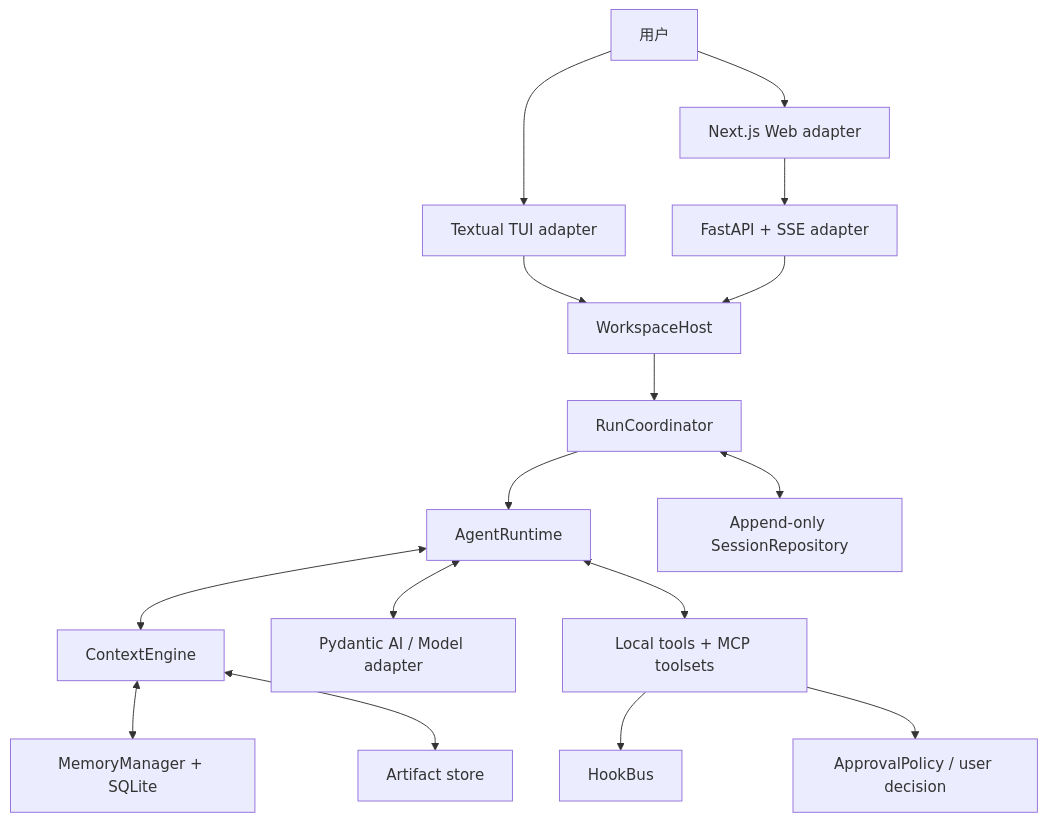
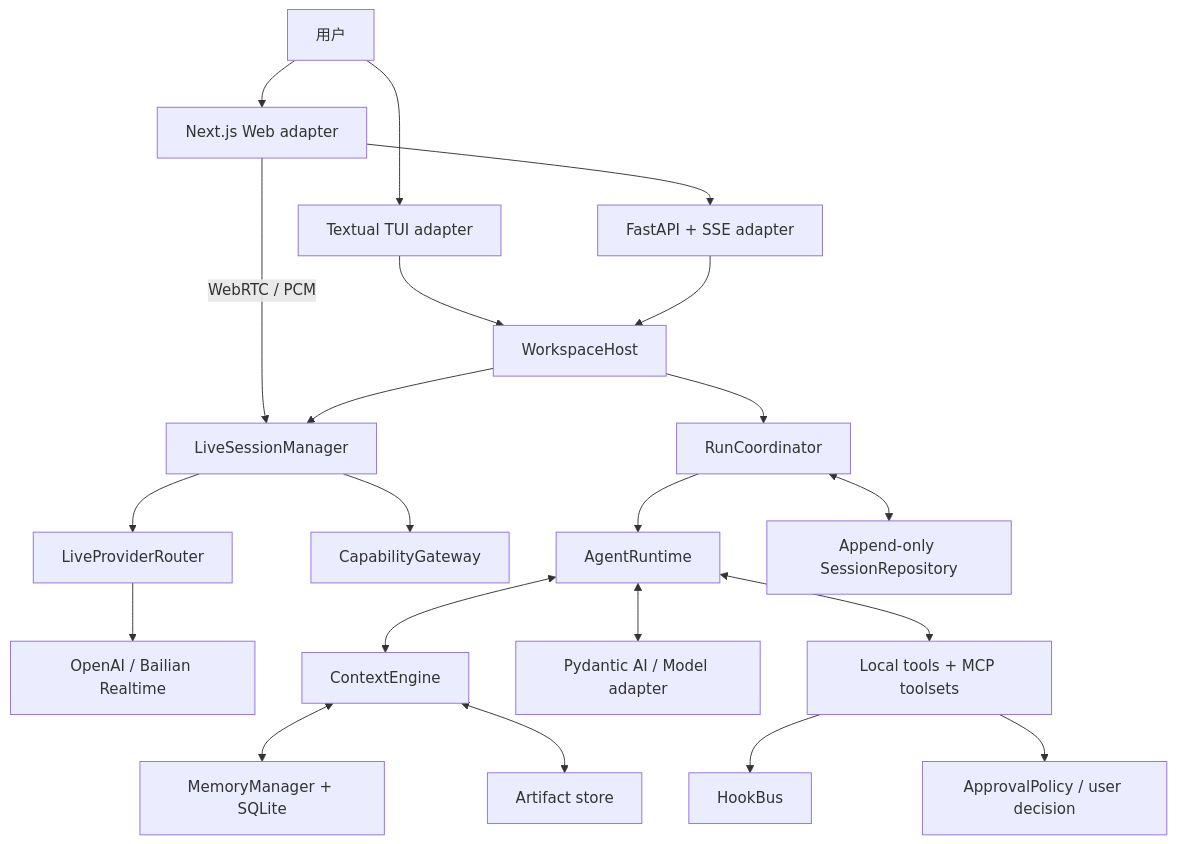
One commit to JasonYZzz/lumen changed the diagram in docs/architecture-guide/01-system-overview.md. Above: the diagram before and after it, drawn with Mermaid. The commit also changed other lines of this file and 205 other files, not shown here.

````diff
--- a/docs/architecture-guide/01-system-overview.md
+++ b/docs/architecture-guide/01-system-overview.md
@@ -5,21 +5,26 @@
 ```mermaid
 flowchart TB
     User["用户"] --> TUI["Textual TUI adapter"]
     User --> Web["Next.js Web adapter"]
     Web --> API["FastAPI + SSE adapter"]
+    Web -->|"WebRTC / PCM"| Live
     TUI --> Host["WorkspaceHost"]
     API --> Host
+    Host --> Live["LiveSessionManager"]
+    Live --> Router["LiveProviderRouter"]
+    Router --> Realtime["OpenAI / Bailian Realtime"]
+    Live --> Gateway["CapabilityGateway"]
 
     Host --> Coordinator["RunCoordinator"]
     Coordinator --> Runtime["AgentRuntime"]
     Runtime <--> Context["ContextEngine"]
     Runtime <--> Model["Pydantic AI / Model adapter"]
     Runtime <--> Tools["Local tools + MCP toolsets"]
 
     Context <--> Memory["MemoryManager + SQLite"]
     Context <--> Artifacts["Artifact store"]
     Coordinator <--> Sessions["Append-only SessionRepository"]
 
     Tools --> Hooks["HookBus"]
     Tools --> Approval["ApprovalPolicy / user decision"]
 ```
````
